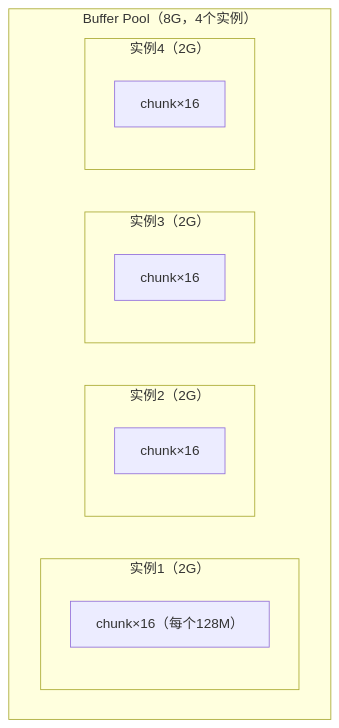
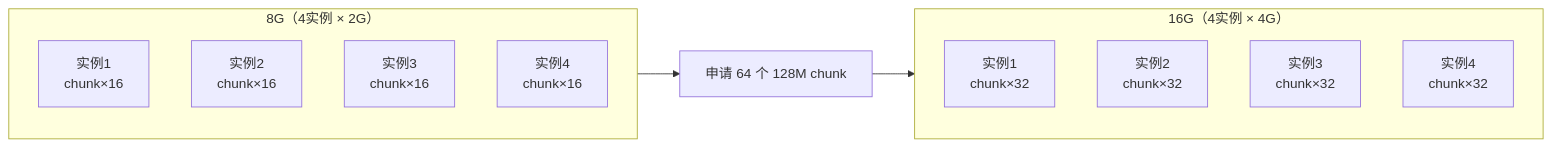
The diagram in src/site/notes/66.归档发布/06.数据库/Buffer Pool配置调优.md (Alexlindd0503/digitalgarden), drawn with Mermaid before and after one commit. The commit also changed other lines of this file and 6 other files, not shown here.

````diff
--- a/src/site/notes/66.归档发布/06.数据库/Buffer Pool配置调优.md
+++ b/src/site/notes/66.归档发布/06.数据库/Buffer Pool配置调优.md
@@ -36,17 +79,20 @@
 ```mermaid
-graph TD
-    subgraph BP["Buffer Pool（8G，4个实例）"]
-        subgraph I1["实例1（2G）"]
-            C1["chunk×16（每个128M）"]
-        end
-        subgraph I2["实例2（2G）"]
-            C2["chunk×16"]
-        end
-        subgraph I3["实例3（2G）"]
-            C3["chunk×16"]
-        end
-        subgraph I4["实例4（2G）"]
-            C4["chunk×16"]
-        end
+graph LR
+    subgraph 扩容前["8G（4实例 × 2G）"]
+        E1["实例1<br>chunk×16"]
+        E2["实例2<br>chunk×16"]
+        E3["实例3<br>chunk×16"]
+        E4["实例4<br>chunk×16"]
     end
+    
+    N["申请 64 个 128M chunk"]
+    
+    subgraph 扩容后["16G（4实例 × 4G）"]
+        E1_new["实例1<br>chunk×32"]
+        E2_new["实例2<br>chunk×32"]
+        E3_new["实例3<br>chunk×32"]
+        E4_new["实例4<br>chunk×32"]
+    end
+    
+    扩容前 --> N --> 扩容后
 ```
````
